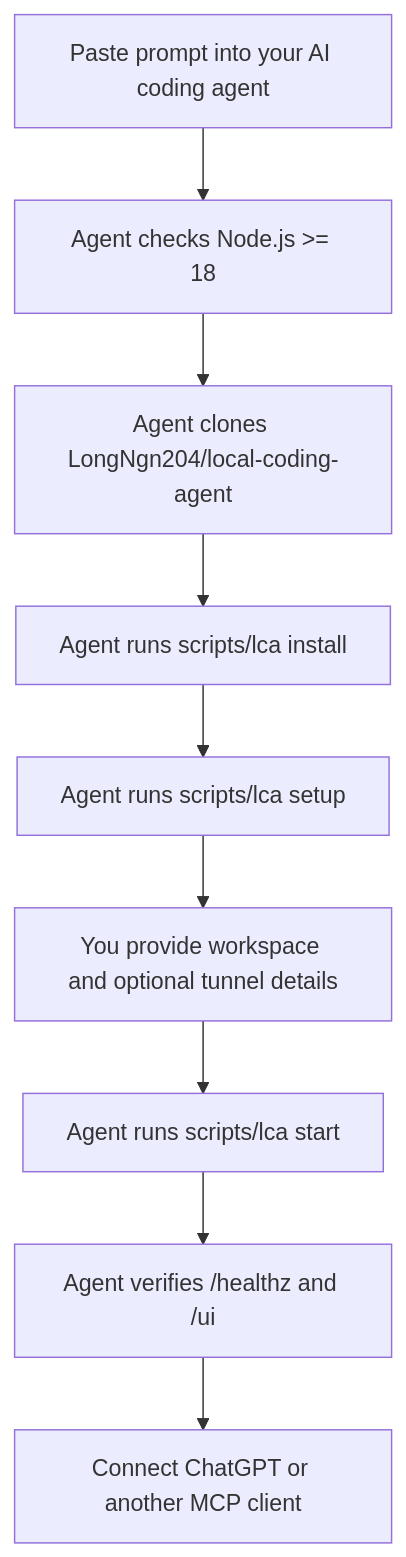
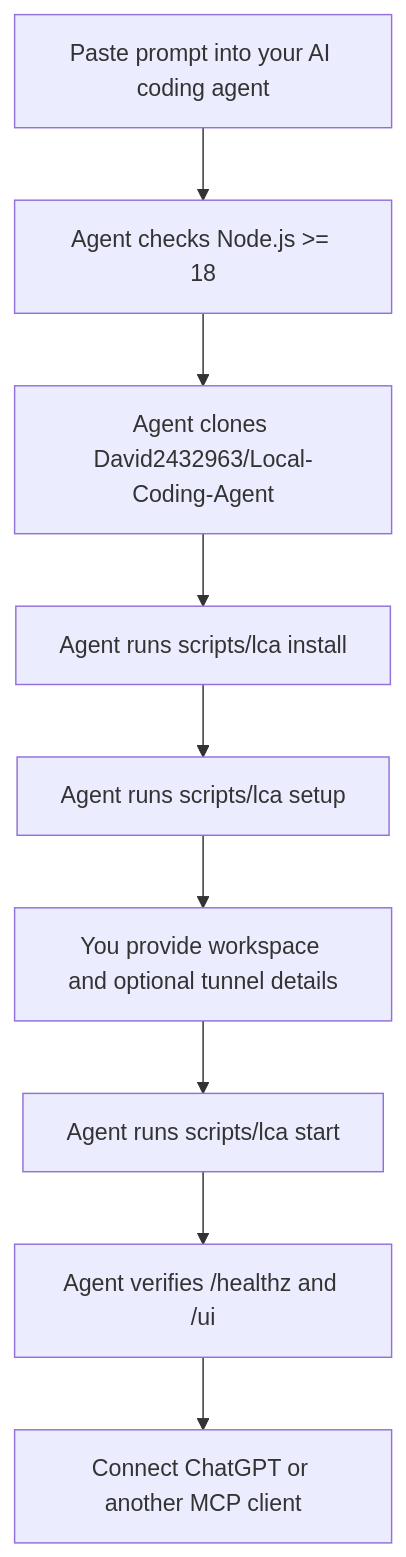
The first of 2 diagrams in README.md (David2432963/Local-Coding-Agent), drawn with Mermaid before and after one commit. The commit also changed other lines of this file, not shown here.

Commit message:
docs: point README to David's repository

````diff
--- a/README.md
+++ b/README.md
@@ -195,11 +195,11 @@
 ```mermaid
 flowchart TD
   A["Paste prompt into your AI coding agent"] --> B["Agent checks Node.js >= 18"]
-  B --> C["Agent clones LongNgn204/local-coding-agent"]
+  B --> C["Agent clones David2432963/Local-Coding-Agent"]
   C --> D["Agent runs scripts/lca install"]
   D --> E["Agent runs scripts/lca setup"]
   E --> F["You provide workspace and optional tunnel details"]
   F --> G["Agent runs scripts/lca start"]
   G --> H["Agent verifies /healthz and /ui"]
   H --> I["Connect ChatGPT or another MCP client"]
 ```
````
